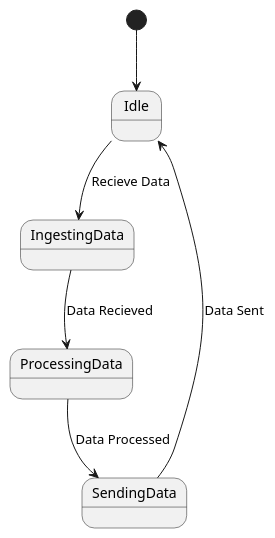
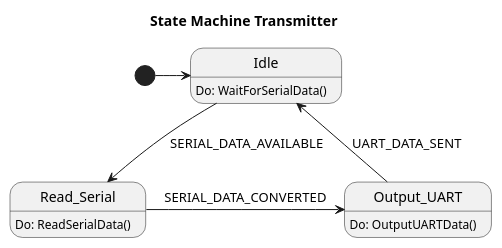
Before and after one commit to NathanThus/Technology-Semester-3: the second of 3 diagrams in Communication/UART/Diagrams.wsd, drawn with PlantUML. The commit also changed other lines of this file and 15 other files, not shown here.

```diff
--- a/Communication/UART/Diagrams.wsd
+++ b/Communication/UART/Diagrams.wsd
@@ -1,14 +51,17 @@
-@startuml State Machine Reciever
+@startuml State Machine Transmitter
+
+Title State Machine Transmitter
 
 State Idle
-State IngestingData
-State ProcessingData
-State SendingData
+Idle : Do: WaitForSerialData()
+State Read_Serial
+Read_Serial : Do: ReadSerialData()
+State Output_UART
+Output_UART : Do: OutputUARTData()
 
-[*] --> Idle
-Idle --> IngestingData : Recieve Data
-IngestingData --> ProcessingData : Data Recieved
-ProcessingData --> SendingData : Data Processed
-SendingData --> Idle : Data Sent
+[*] -> Idle
+Idle --> Read_Serial : SERIAL_DATA_AVAILABLE
+Read_Serial -> Output_UART : SERIAL_DATA_CONVERTED
+Output_UART -> Idle : UART_DATA_SENT
 
 @enduml
```
